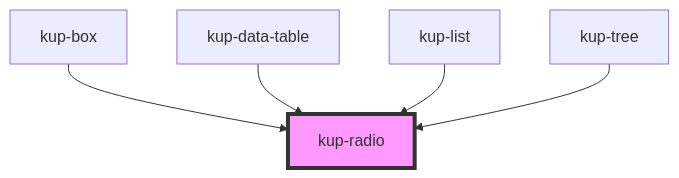
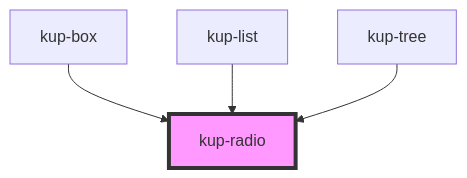
The diagram in packages/ketchup/src/components/kup-radio/readme.md (smeup/ketchup), drawn with Mermaid before and after one commit. The commit also changed other lines of this file and 9 other files, not shown here.

````diff
--- a/packages/ketchup/src/components/kup-radio/readme.md
+++ b/packages/ketchup/src/components/kup-radio/readme.md
@@ -51,8 +50,7 @@
 ```mermaid
 graph TD;
   kup-box --> kup-radio
-  kup-data-table --> kup-radio
   kup-list --> kup-radio
   kup-tree --> kup-radio
   style kup-radio fill:#f9f,stroke:#333,stroke-width:4px
 ```
````
